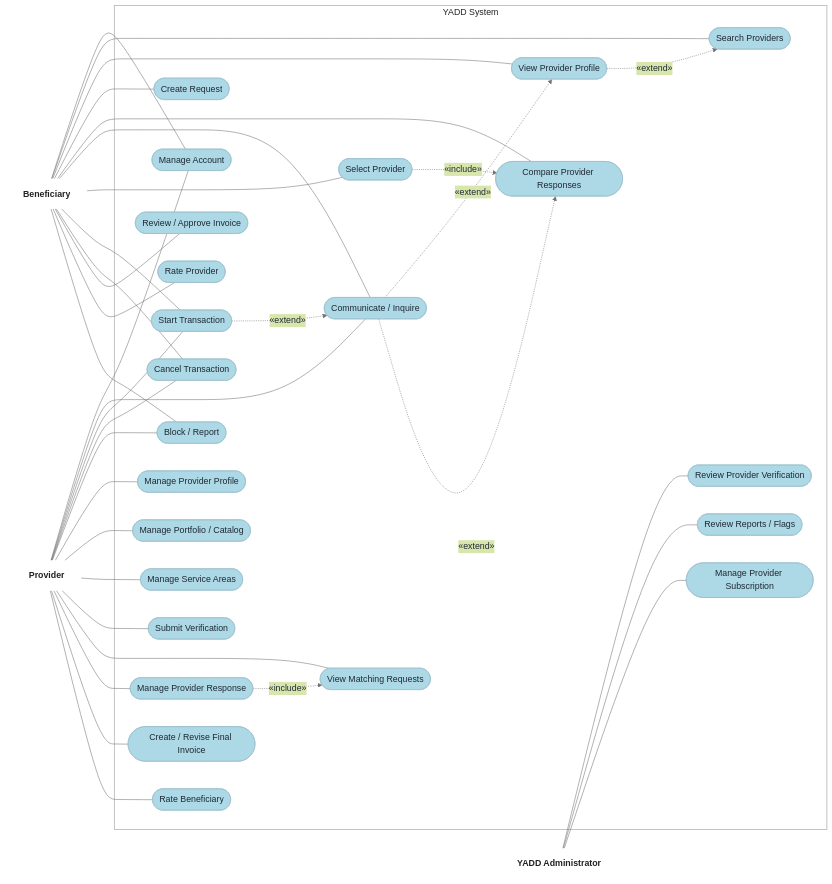
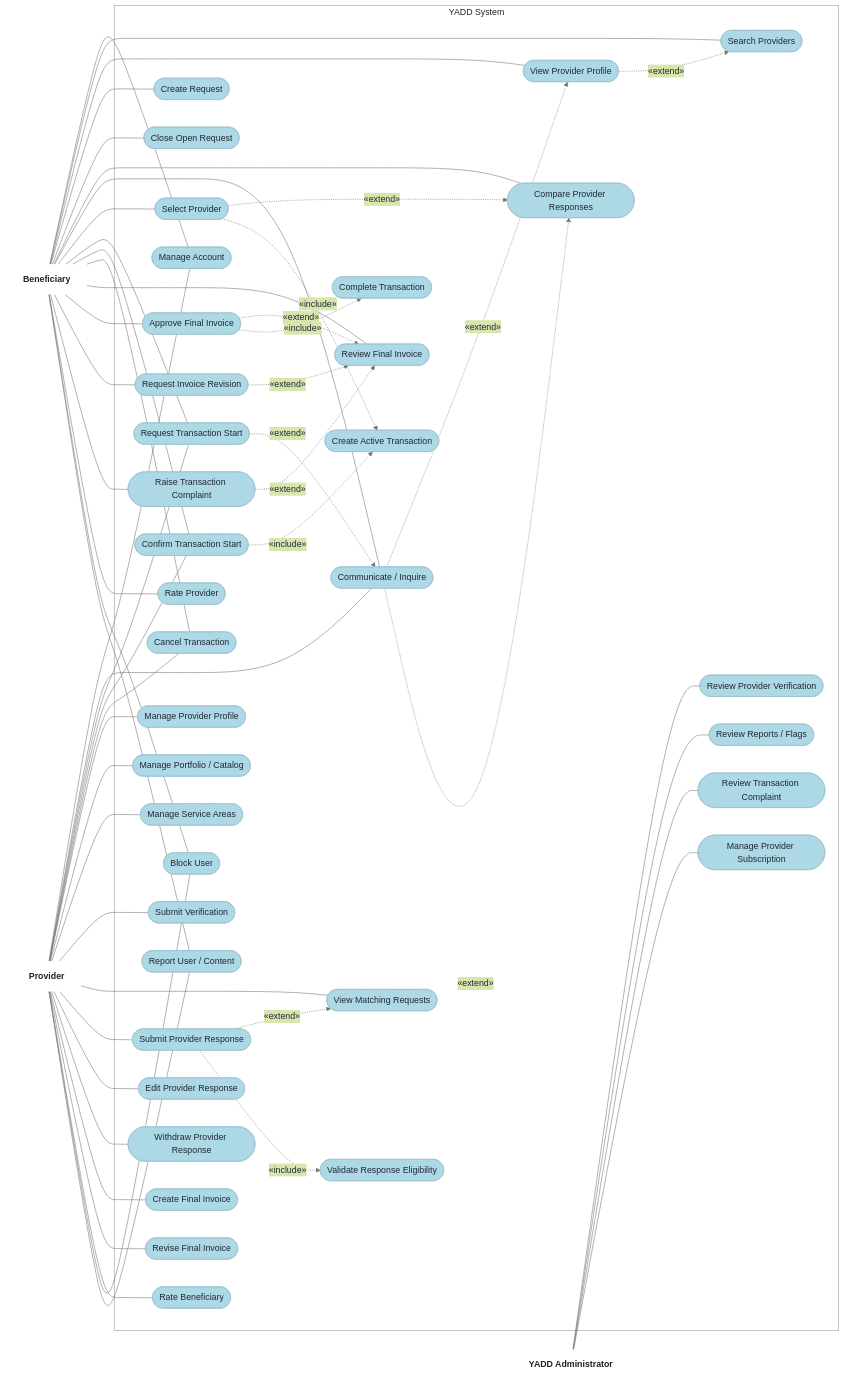
One commit to Yadd-SanaaUniversityGraduationProject/yadd changed the first of 5 diagrams in docs/03-analysis/10-UML.md. Above: the diagram before and after it, drawn with Mermaid. The commit also changed other lines of this file, not shown here.

Commit message:
docs(uml): rebuild main use case decomposition and relations

````diff
--- a/docs/03-analysis/10-UML.md
+++ b/docs/03-analysis/10-UML.md
@@ -37,30 +37,47 @@
 
     subgraph YADD["YADD System"]
         UC1([Manage Account])
+
         UC2([Search Providers])
         UC3([View Provider Profile])
         UC4([Create Request])
-        UC5([Compare Provider Responses])
-        UC6([Communicate / Inquire])
-        UC7([Select Provider])
-        UC8([Start Transaction])
-        UC9([Cancel Transaction])
-        UC10([Review / Approve Invoice])
-        UC11([Rate Provider])
-        UC12([Block / Report])
+        UC5([Close Open Request])
+        UC6([Compare Provider Responses])
+        UC7([Communicate / Inquire])
+        UC8([Select Provider])
 
-        UC13([Manage Provider Profile])
-        UC14([Manage Portfolio / Catalog])
-        UC15([Manage Service Areas])
-        UC16([Submit Verification])
-        UC17([View Matching Requests])
-        UC18([Manage Provider Response])
-        UC19([Create / Revise Final Invoice])
-        UC20([Rate Beneficiary])
+        UC9([Request Transaction Start])
+        UC10([Confirm Transaction Start])
+        UC11([Create Active Transaction])
+        UC12([Cancel Transaction])
 
-        UC21([Review Provider Verification])
-        UC22([Review Reports / Flags])
-        UC23([Manage Provider Subscription])
+        UC13([Review Final Invoice])
+        UC14([Approve Final Invoice])
+        UC15([Request Invoice Revision])
+        UC16([Raise Transaction Complaint])
+        UC17([Complete Transaction])
+        UC18([Rate Provider])
+
+        UC19([Manage Provider Profile])
+        UC20([Manage Portfolio / Catalog])
+        UC21([Manage Service Areas])
+        UC22([Submit Verification])
+        UC23([View Matching Requests])
+        UC24([Submit Provider Response])
+        UC25([Edit Provider Response])
+        UC26([Withdraw Provider Response])
+        UC27([Validate Response Eligibility])
+        UC28([Create Final Invoice])
+        UC29([Revise Final Invoice])
+        UC30([Rate Beneficiary])
+
+        UC31([Block User])
+        UC32([Report User / Content])
+
+        UC33([Review Provider Verification])
+        UC34([Review Reports / Flags])
+        UC35([Review Transaction Complaint])
+        UC36([Manage Provider Subscription])
     end
 
     B --- UC1
@@ -73,36 +90,57 @@
     B --- UC8
     B --- UC9
     B --- UC10
-    B --- UC11
     B --- UC12
+    B --- UC13
+    B --- UC14
+    B --- UC15
+    B --- UC16
+    B --- UC18
+    B --- UC31
+    B --- UC32
 
     P --- UC1
-    P --- UC6
-    P --- UC8
+    P --- UC7
     P --- UC9
+    P --- UC10
     P --- UC12
-    P --- UC13
-    P --- UC14
-    P --- UC15
-    P --- UC16
-    P --- UC17
-    P --- UC18
     P --- UC19
     P --- UC20
+    P --- UC21
+    P --- UC22
+    P --- UC23
+    P --- UC24
+    P --- UC25
+    P --- UC26
+    P --- UC28
+    P --- UC29
+    P --- UC30
+    P --- UC31
+    P --- UC32
 
-    A --- UC21
-    A --- UC22
-    A --- UC23
+    A --- UC33
+    A --- UC34
+    A --- UC35
+    A --- UC36
 
     UC3 -.->|«extend»| UC2
-    UC6 -.->|«extend»| UC3
-    UC6 -.->|«extend»| UC5
+    UC7 -.->|«extend»| UC3
+    UC7 -.->|«extend»| UC6
     UC8 -.->|«extend»| UC6
-    UC7 -.->|«include»| UC5
-    UC18 -.->|«include»| UC17
+    UC24 -.->|«extend»| UC23
+    UC9 -.->|«extend»| UC7
+
+    UC24 -.->|«include»| UC27
+    UC8 -.->|«include»| UC11
+    UC10 -.->|«include»| UC11
+
+    UC14 -.->|«extend»| UC13
+    UC15 -.->|«extend»| UC13
+    UC16 -.->|«extend»| UC13
+    UC14 -.->|«include»| UC17
 
     classDef usecase fill:#ADD8E6,stroke:#9ABFCB,stroke-width:1px,color:#1F2933;
     classDef actor fill:#FFFFFF,stroke:#FFFFFF,color:#222222,font-weight:bold;
-    class UC1,UC2,UC3,UC4,UC5,UC6,UC7,UC8,UC9,UC10,UC11,UC12,UC13,UC14,UC15,UC16,UC17,UC18,UC19,UC20,UC21,UC22,UC23 usecase;
+    class UC1,UC2,UC3,UC4,UC5,UC6,UC7,UC8,UC9,UC10,UC11,UC12,UC13,UC14,UC15,UC16,UC17,UC18,UC19,UC20,UC21,UC22,UC23,UC24,UC25,UC26,UC27,UC28,UC29,UC30,UC31,UC32,UC33,UC34,UC35,UC36 usecase;
     style YADD fill:#FFFFFF,stroke:#B7B7B7,stroke-width:1.5px,color:#222222;
 ```
````
